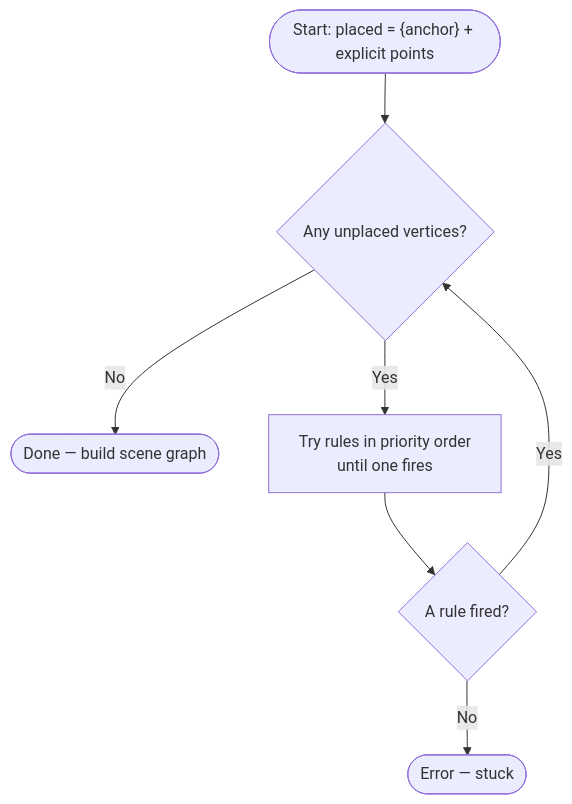
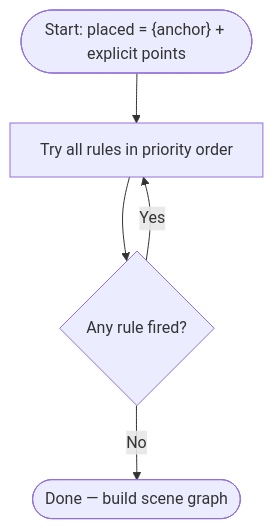
One commit to hey-its-suvi/tilde changed the first of 2 diagrams in docs/solver/placement.md. Above: the diagram before and after it, drawn with Mermaid. The commit also changed other lines of this file and 4 other files, not shown here.

````diff
--- a/docs/solver/placement.md
+++ b/docs/solver/placement.md
@@ -9,9 +9,7 @@
 ```mermaid
 flowchart TD
-    START(["Start: placed = {anchor} + explicit points"]) --> SCAN
-    SCAN{Any unplaced vertices?} -->|No| DONE([Done — build scene graph])
-    SCAN -->|Yes| TRY["Try rules in priority order\nuntil one fires"]
-    TRY --> FIRED{A rule fired?}
-    FIRED -->|Yes| SCAN
-    FIRED -->|No| STUCK([Error — stuck])
+    START(["Start: placed = {anchor} + explicit points"]) --> TRY
+    TRY["Try all rules in priority order"] --> FIRED{Any rule fired?}
+    FIRED -->|Yes| TRY
+    FIRED -->|No| DONE([Done — build scene graph])
 ```
````
